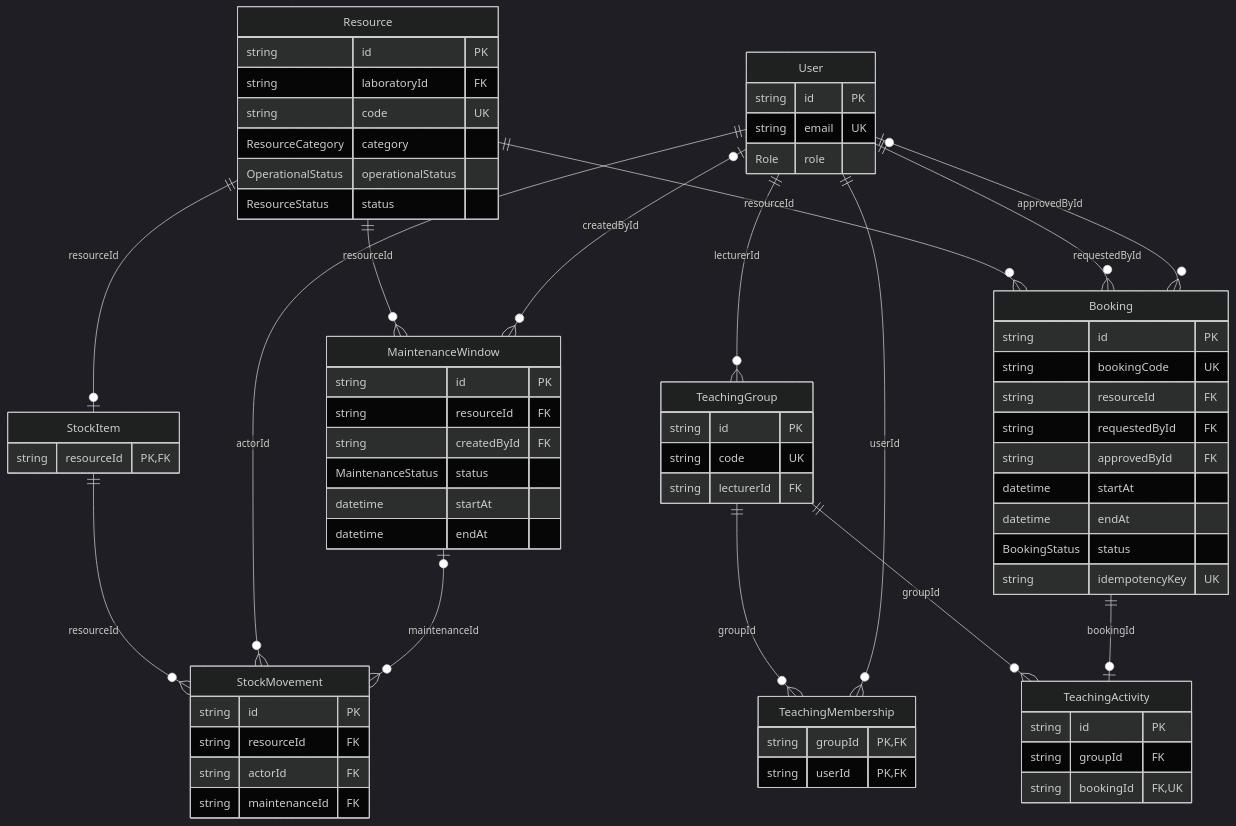
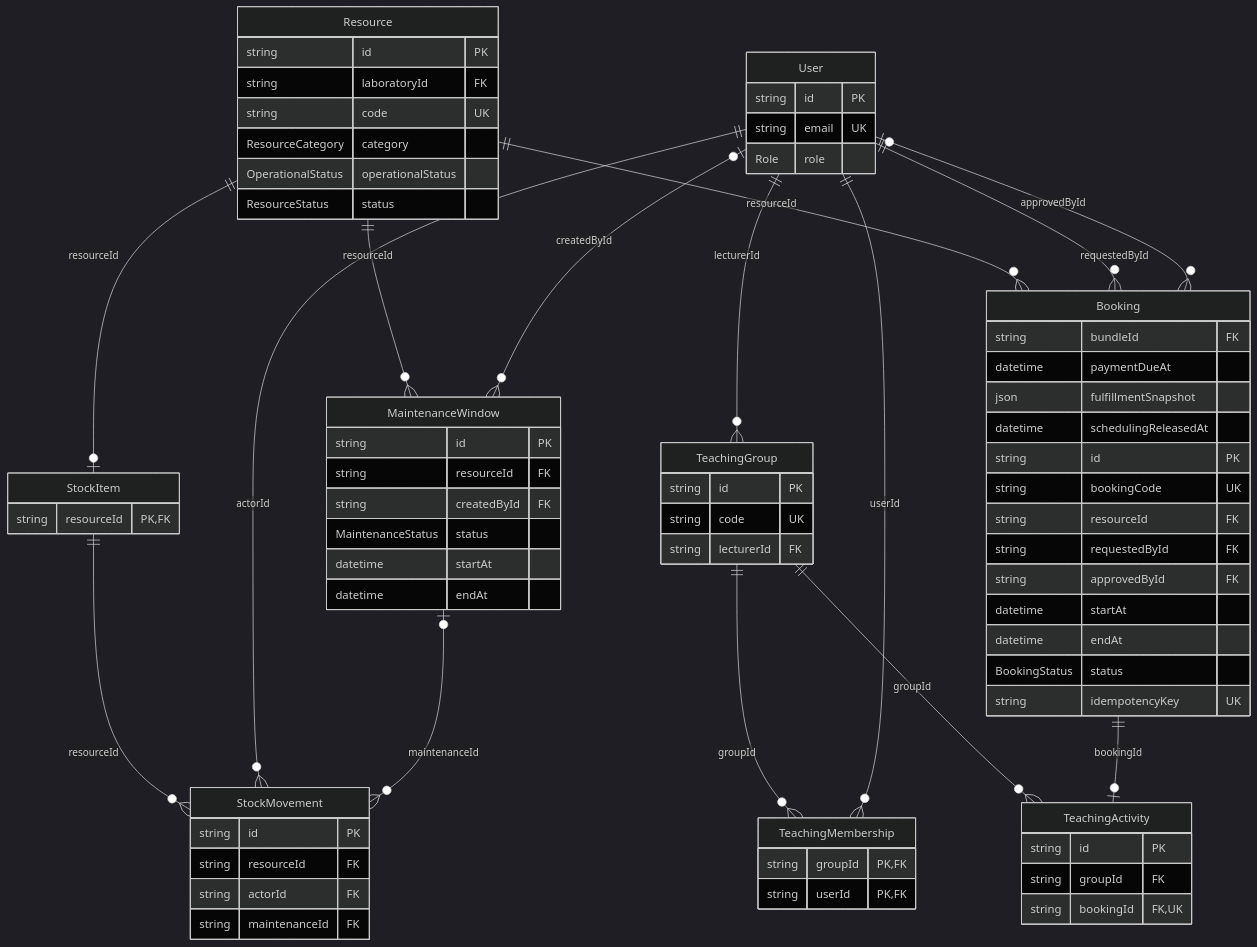
The second of 7 diagrams in docs/DB-erd/core-erd.md (phung086/lab-resource-manager), drawn with Mermaid (dark theme) before and after one commit. The commit also changed other lines of this file and 327 other files, not shown here.

````diff
--- a/docs/DB-erd/core-erd.md
+++ b/docs/DB-erd/core-erd.md
@@ -195,72 +199,76 @@
 ```mermaid
 erDiagram
     Resource {
         string id PK
         string laboratoryId FK
         string code UK
         ResourceCategory category
         OperationalStatus operationalStatus
         ResourceStatus status
     }
     User {
         string id PK
         string email UK
         Role role
     }
     Booking {
+        string bundleId FK
+        datetime paymentDueAt
+        json fulfillmentSnapshot
+        datetime schedulingReleasedAt
         string id PK
         string bookingCode UK
         string resourceId FK
         string requestedById FK
         string approvedById FK
         datetime startAt
         datetime endAt
         BookingStatus status
         string idempotencyKey UK
     }
     MaintenanceWindow {
         string id PK
         string resourceId FK
         string createdById FK
         MaintenanceStatus status
         datetime startAt
         datetime endAt
     }
     StockItem {
         string resourceId PK,FK
     }
     StockMovement {
         string id PK
         string resourceId FK
         string actorId FK
         string maintenanceId FK
     }
     TeachingGroup {
         string id PK
         string code UK
         string lecturerId FK
     }
     TeachingMembership {
         string groupId PK,FK
         string userId PK,FK
     }
     TeachingActivity {
         string id PK
         string groupId FK
         string bookingId FK,UK
     }
     Resource ||--o{ Booking : "resourceId"
     User ||--o{ Booking : "requestedById"
     User |o--o{ Booking : "approvedById"
     Resource ||--o{ MaintenanceWindow : "resourceId"
     User |o--o{ MaintenanceWindow : "createdById"
     Resource ||--o| StockItem : "resourceId"
     StockItem ||--o{ StockMovement : "resourceId"
     User ||--o{ StockMovement : "actorId"
     MaintenanceWindow |o--o{ StockMovement : "maintenanceId"
     User ||--o{ TeachingGroup : "lecturerId"
     TeachingGroup ||--o{ TeachingMembership : "groupId"
     User ||--o{ TeachingMembership : "userId"
     TeachingGroup ||--o{ TeachingActivity : "groupId"
     Booking ||--o| TeachingActivity : "bookingId"
 ```
````
